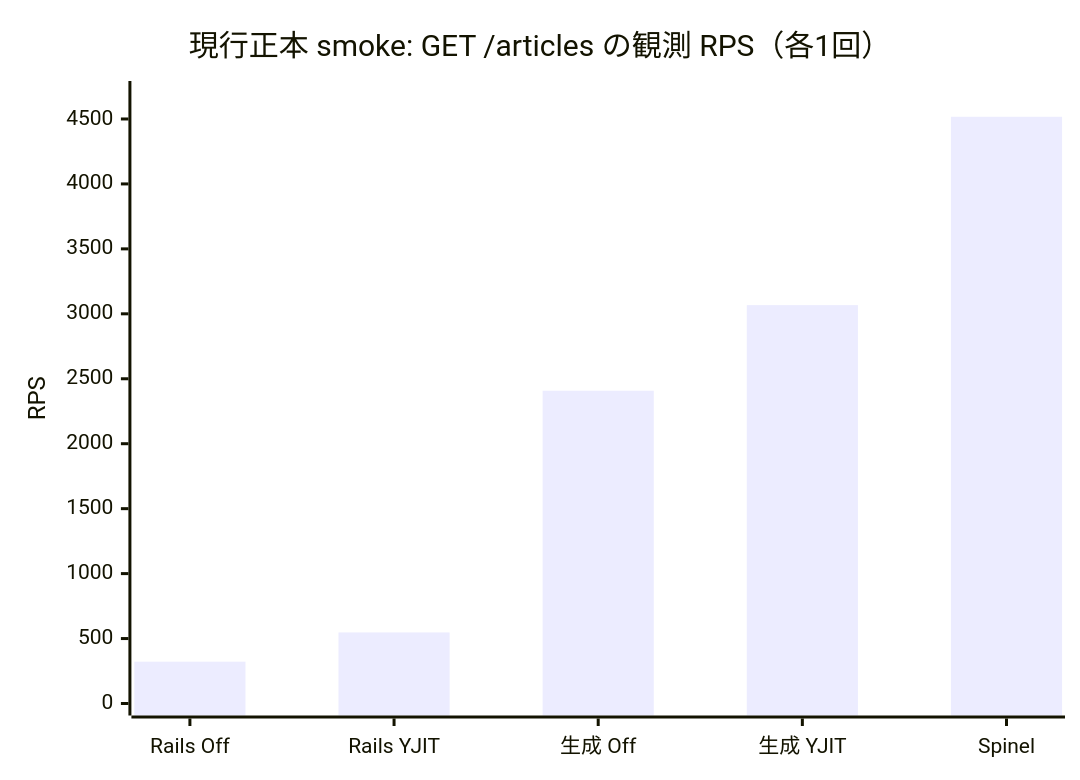
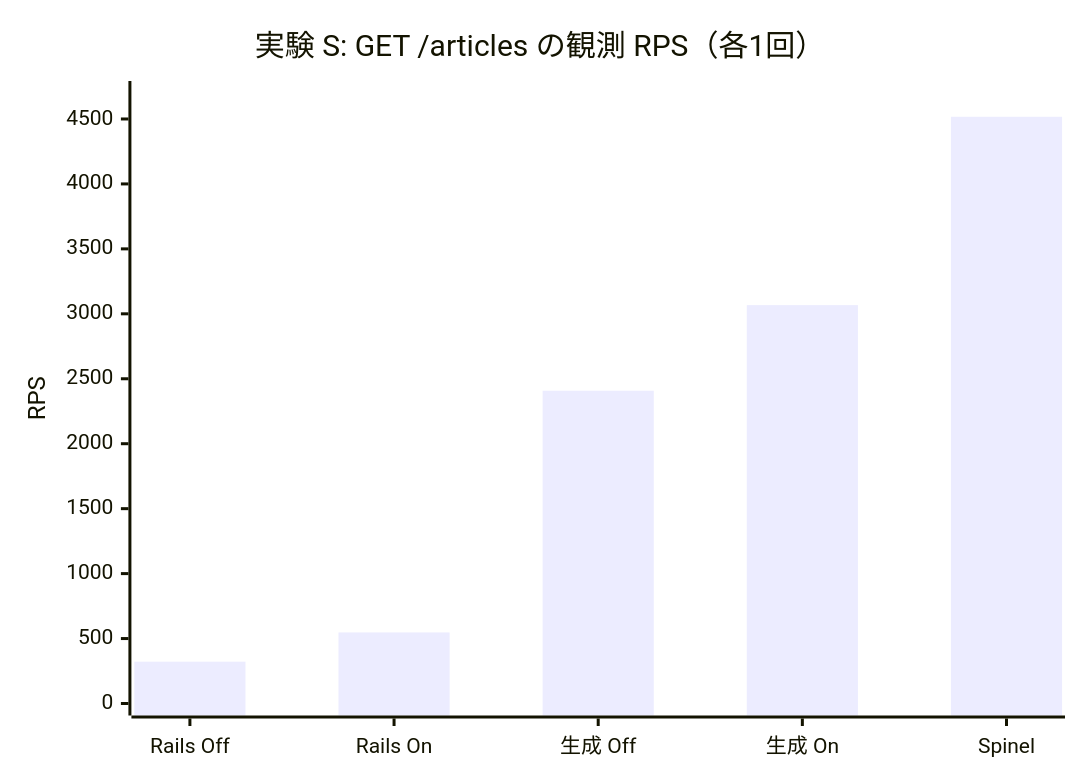
The second of 3 diagrams in docs/roundhouse-rails-jit-aot-report.md (koduki/example-rails-aot), drawn with Mermaid before and after one commit. The commit also changed other lines of this file, not shown here.

```diff
--- a/docs/roundhouse-rails-jit-aot-report.md
+++ b/docs/roundhouse-rails-jit-aot-report.md
@@ -97,7 +80,7 @@
 ~~~mermaid
 xychart-beta
-    title "現行正本 smoke: GET /articles の観測 RPS（各1回）"
-    x-axis ["Rails Off", "Rails YJIT", "生成 Off", "生成 YJIT", "Spinel"]
+    title "実験 S: GET /articles の観測 RPS（各1回）"
+    x-axis ["Rails Off", "Rails On", "生成 Off", "生成 On", "Spinel"]
     y-axis "RPS" 0 --> 4700
     bar [322, 547, 2408, 3067, 4517]
 ~~~
```
